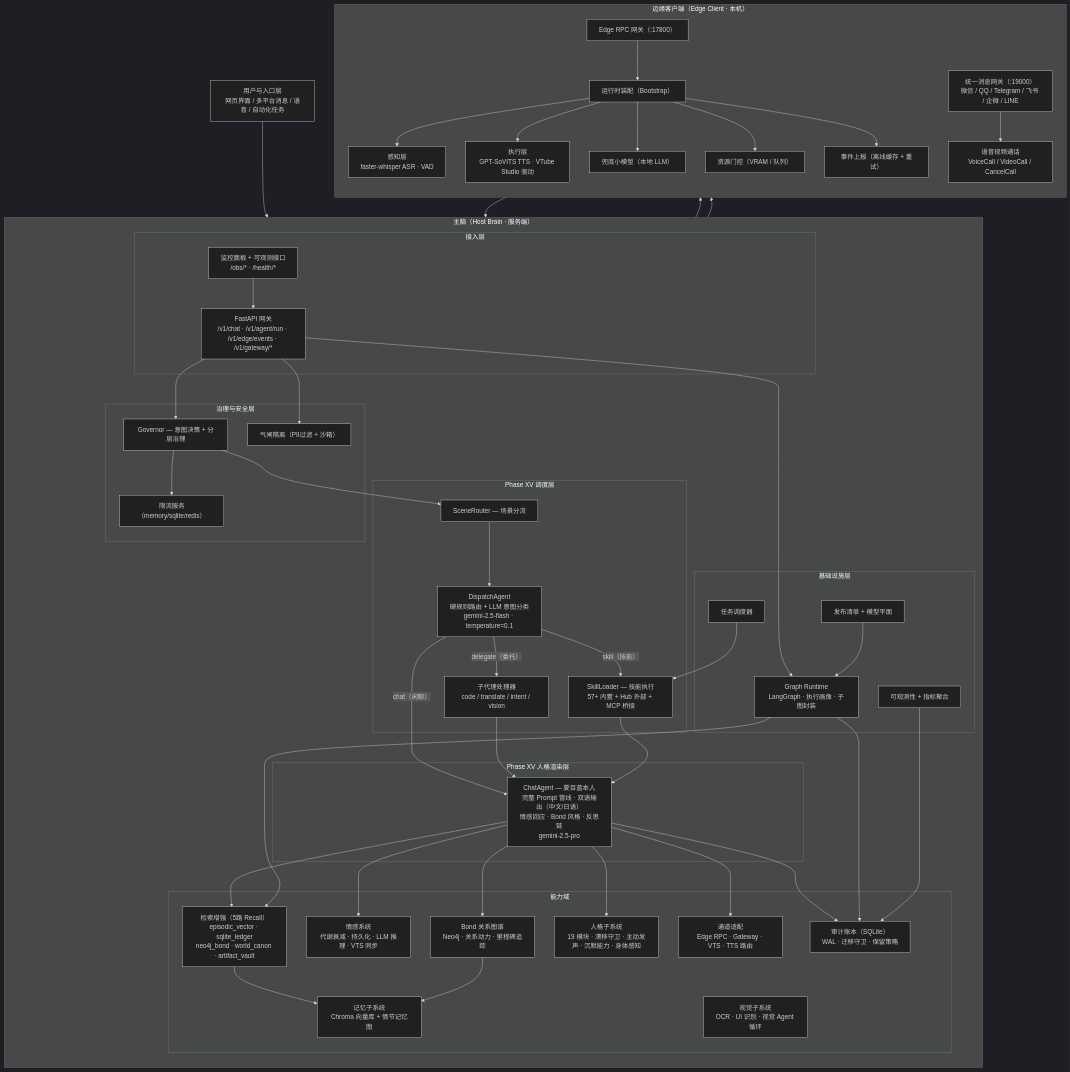
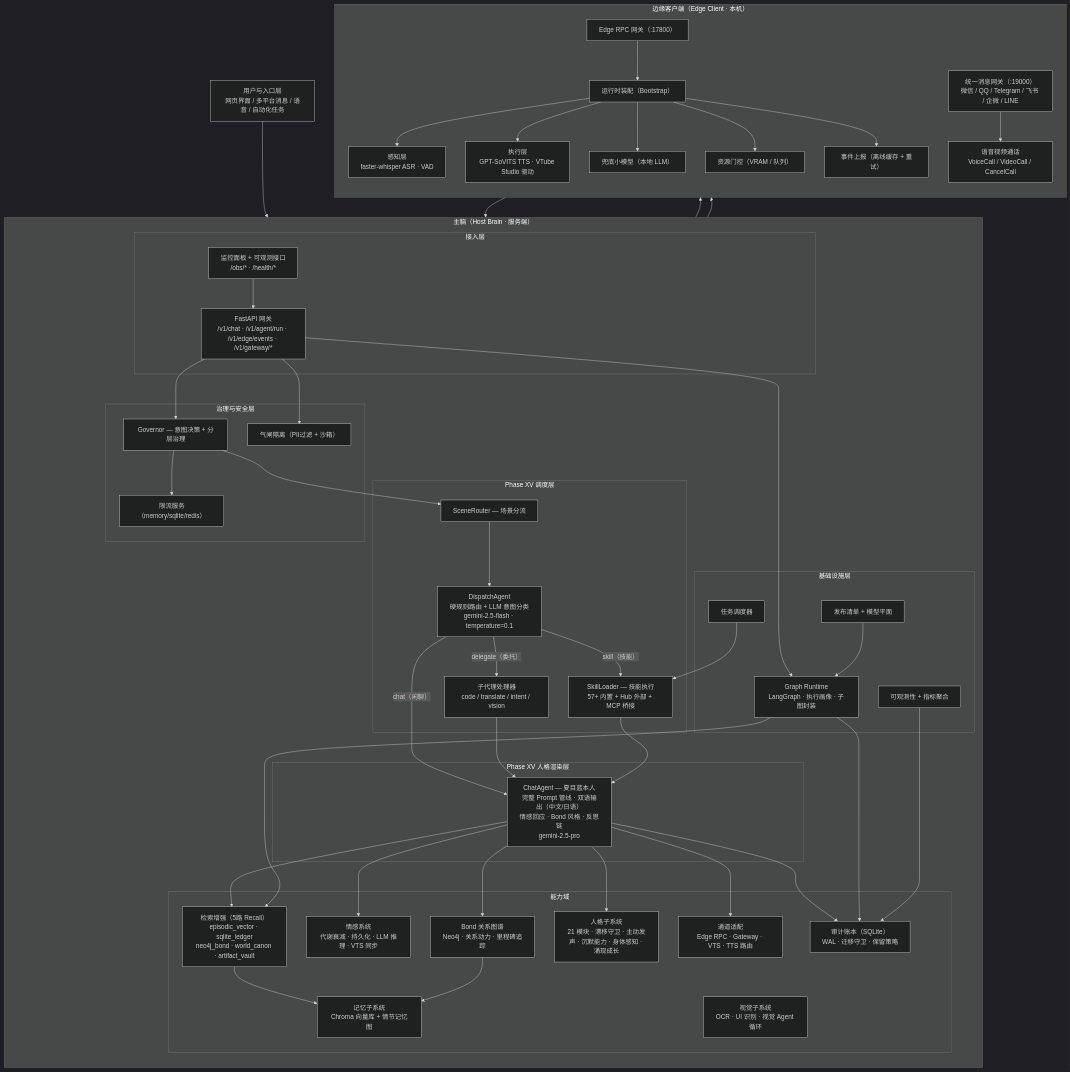
The diagram in README.md (SakuraYoruno/Natsume_Ai), drawn with Mermaid (dark theme) before and after one commit. The commit also changed other lines of this file and 1 other file, not shown here.

```diff
--- a/README.md
+++ b/README.md
@@ -77,7 +78,7 @@
             MEM["记忆子系统<br/>Chroma 向量库 + 情节记忆图"]
             BOND["Bond 关系图谱<br/>Neo4j · 关系动力 · 里程碑追踪"]
             EMO["情感系统<br/>代谢衰减 · 持久化 · LLM 推理 · VTS 同步"]
-            PERSONA["人格子系统<br/>19 模块 · 漂移守卫 · 主动发声 · 沉默能力 · 身体感知"]
+            PERSONA["人格子系统<br/>21 模块 · 漂移守卫 · 主动发声 · 沉默能力 · 身体感知 · 涌现成长"]
             VISION["视觉子系统<br/>OCR · UI 识别 · 视觉 Agent 循环"]
             AUDIT["审计账本（SQLite）<br/>WAL · 迁移守卫 · 保留策略"]
             CHAN["通道适配<br/>Edge RPC · Gateway · VTS · TTS 路由"]
```
